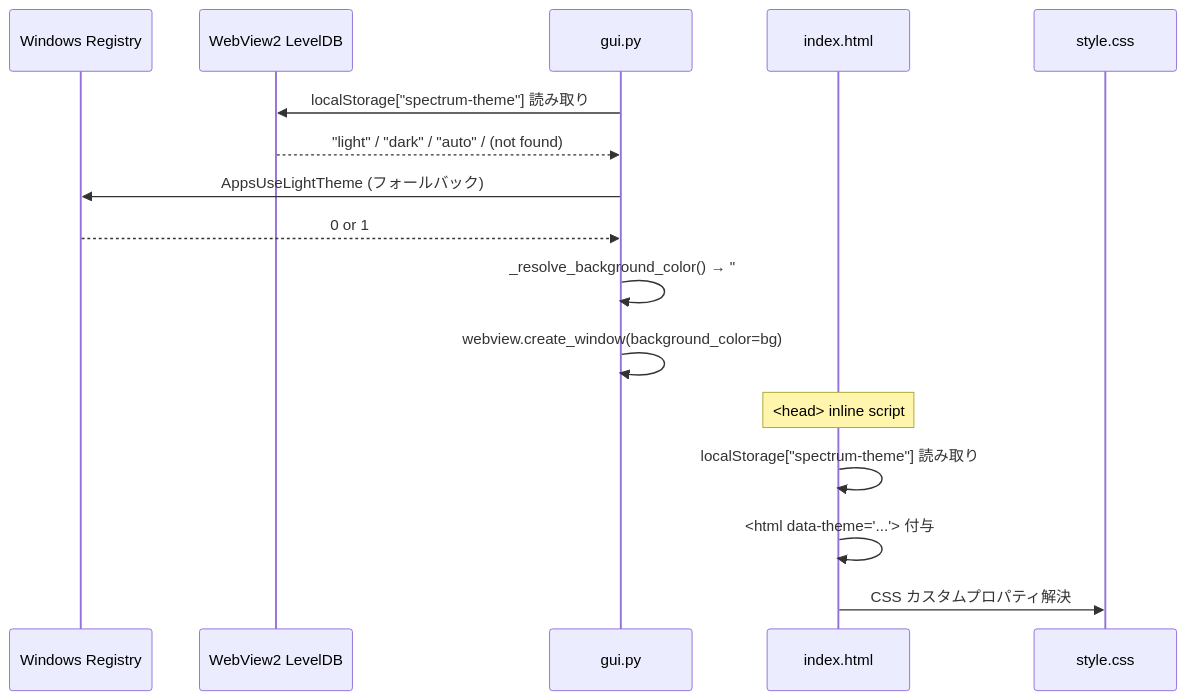
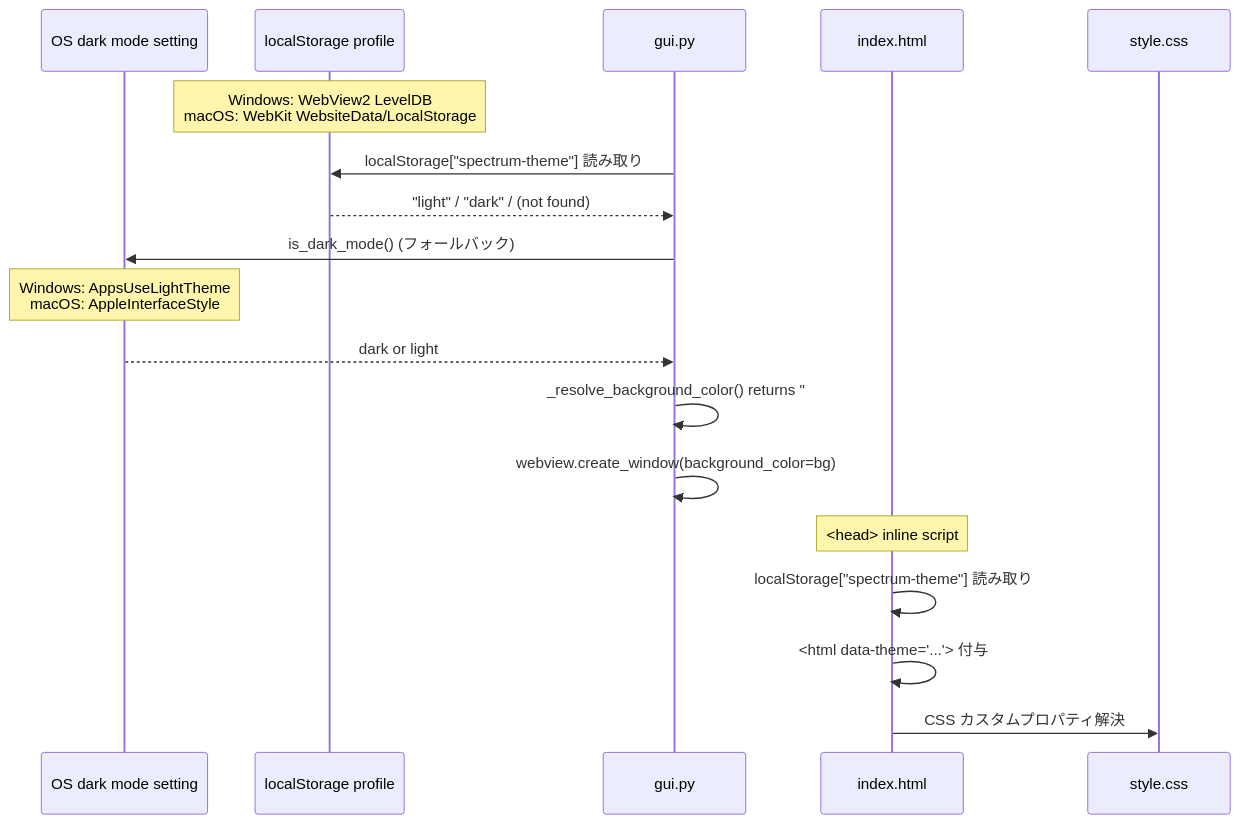
One commit to semnil/analyze-spectrum changed diagram 16 of 16 in docs/architecture.md. Above: the diagram before and after it, drawn with Mermaid.

Commit message:
docs: ホワイトフラッシュ防止の図を macOS の経路と実際の背景色に合わせる

````diff
--- a/docs/architecture.md
+++ b/docs/architecture.md
@@ -582,20 +582,22 @@
 ```mermaid
 sequenceDiagram
-    participant REG as Windows Registry
-    participant LDB as WebView2 LevelDB
+    participant OS as OS dark mode setting
+    participant LS as localStorage profile
     participant PY as gui.py
     participant HTML as index.html
     participant CSS as style.css
 
-    PY->>LDB: localStorage["spectrum-theme"] 読み取り
-    LDB-->>PY: "light" / "dark" / "auto" / (not found)
-    PY->>REG: AppsUseLightTheme (フォールバック)
-    REG-->>PY: 0 or 1
-    PY->>PY: _resolve_background_color() → "#1e1e1e" or "#f5f5f5"
+    Note over LS: Windows: WebView2 LevelDB<br>macOS: WebKit WebsiteData/LocalStorage
+    PY->>LS: localStorage["spectrum-theme"] 読み取り
+    LS-->>PY: "light" / "dark" / (not found)
+    PY->>OS: is_dark_mode() (フォールバック)
+    Note over OS: Windows: AppsUseLightTheme<br>macOS: AppleInterfaceStyle
+    OS-->>PY: dark or light
+    PY->>PY: _resolve_background_color() returns "#1a1a2e" or "#fafafa"
     PY->>PY: webview.create_window(background_color=bg)
 
     Note over HTML: <head> inline script
     HTML->>HTML: localStorage["spectrum-theme"] 読み取り
     HTML->>HTML: <html data-theme="..."> 付与
     HTML->>CSS: CSS カスタムプロパティ解決
 ```
````
